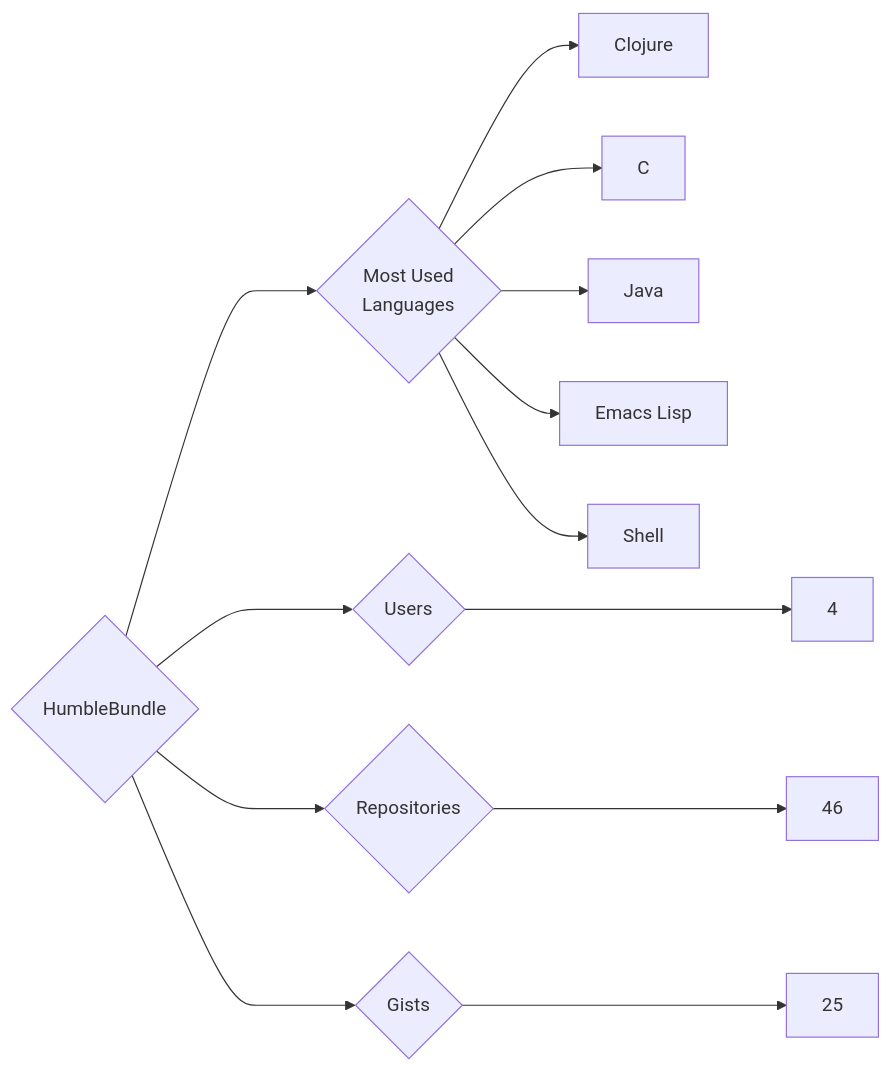
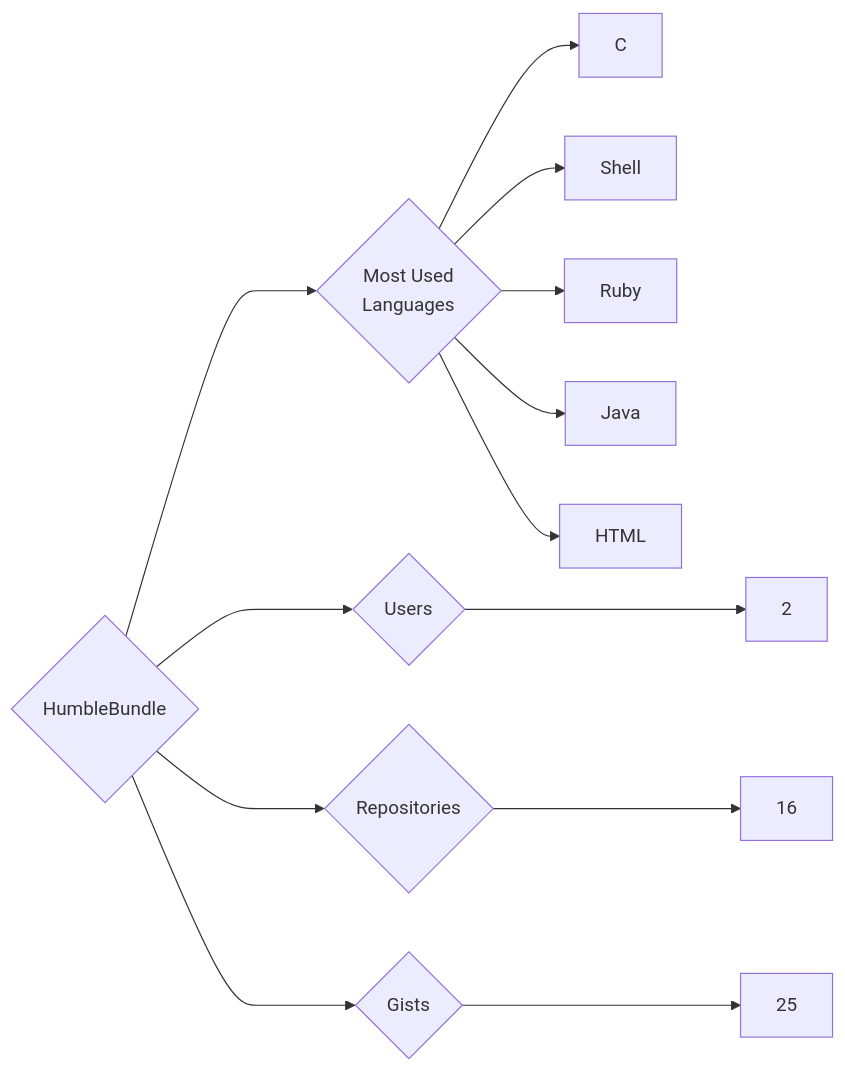
The diagram in targets/HumbleBundle/README.md (trickest/insiders), drawn with Mermaid before and after one commit. The commit also changed 1020 other files, not shown here.

````diff
--- a/targets/HumbleBundle/README.md
+++ b/targets/HumbleBundle/README.md
@@ -3,13 +3,13 @@
 ```mermaid
 graph LR
 COMPANY_NAME{HumbleBundle}
-COMPANY_NAME ---> U{Users} ---> UN[4]
-COMPANY_NAME ---> R{Repositories} ---> RN[46]
+COMPANY_NAME ---> U{Users} ---> UN[2]
+COMPANY_NAME ---> R{Repositories} ---> RN[16]
 COMPANY_NAME ---> G{Gists} ---> GN[25]
 COMPANY_NAME ---> ML{Most Used<br>Languages}
-ML --> Clojure[Clojure]
 ML --> C[C]
+ML --> Shell[Shell]
+ML --> Ruby[Ruby]
 ML --> Java[Java]
-ML --> Emacs_Lisp[Emacs Lisp]
-ML --> Shell[Shell]
+ML --> HTML[HTML]
 ```
````
